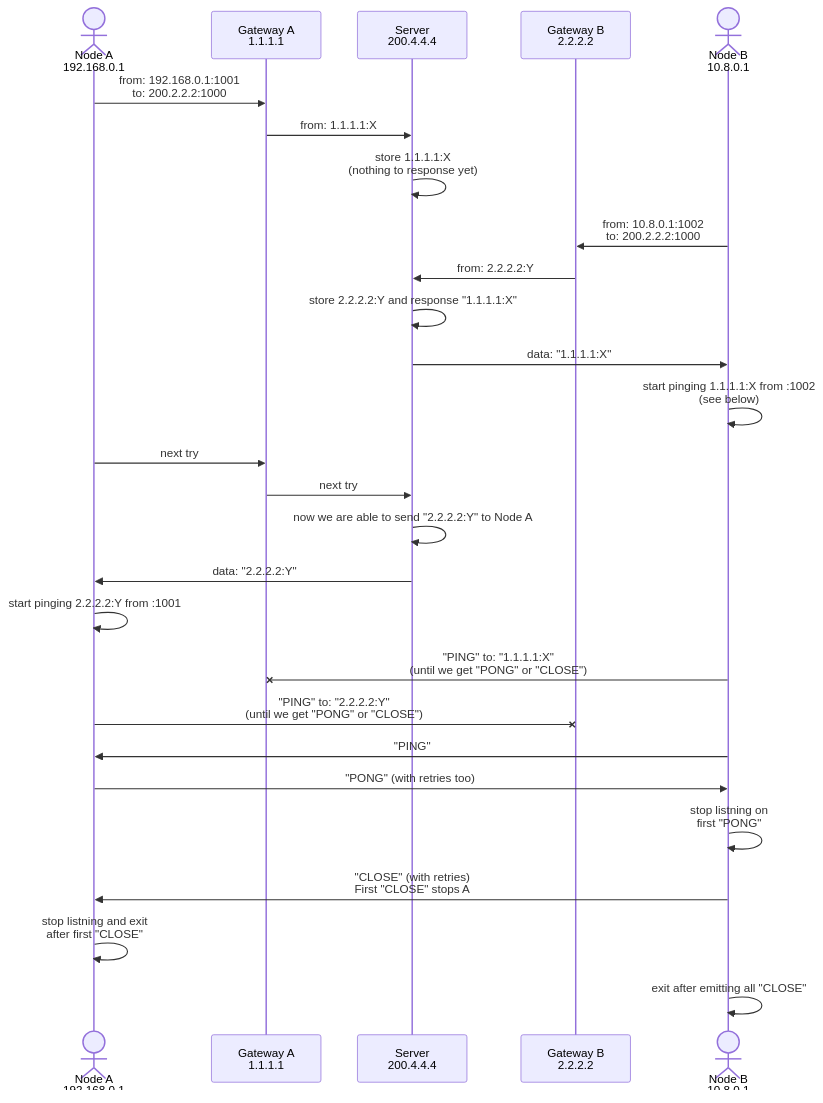
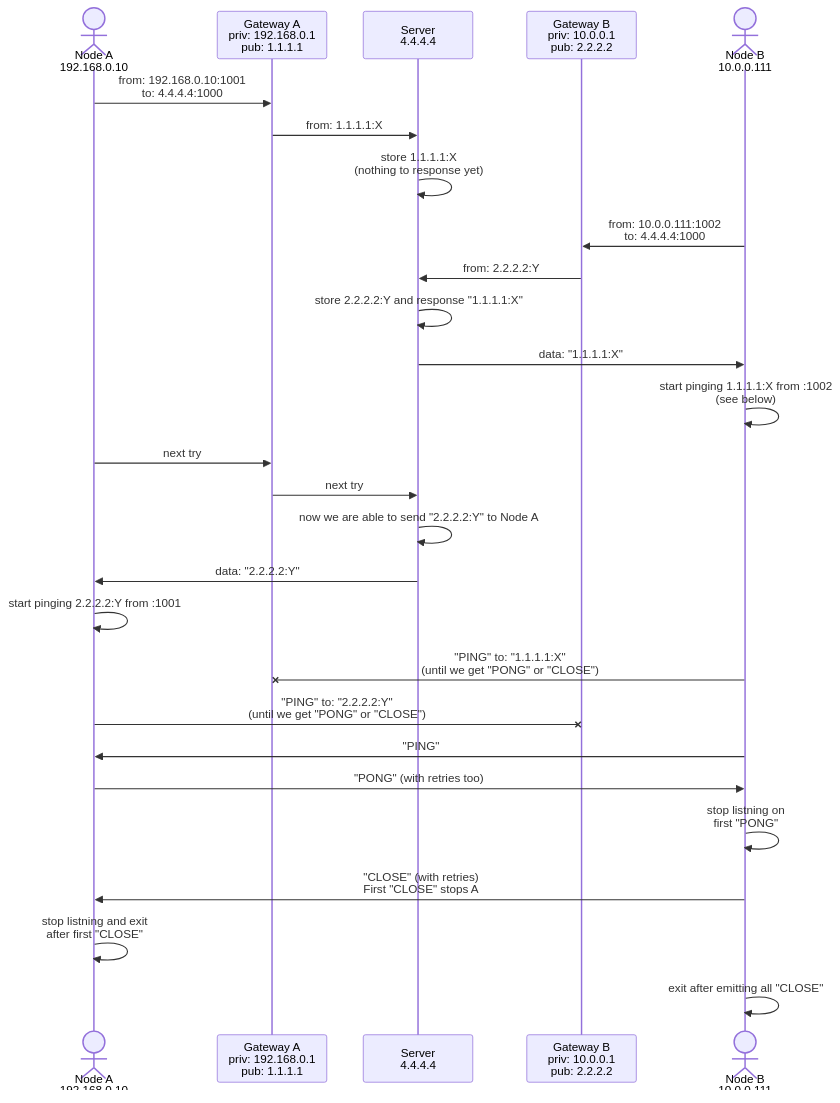
One commit to michurin/netpunch changed the second of 2 diagrams in README.md. Above: the diagram before and after it, drawn with Mermaid.

Commit message:
Readme: mermaid: making sequence diagram more comprehensible

````diff
--- a/README.md
+++ b/README.md
@@ -234,33 +234,33 @@
 ```mermaid
 sequenceDiagram
-    actor A as Node A<br/>192.168.0.1
-    participant GA as Gateway A<br/>1.1.1.1
-    participant S as Server<br/>200.4.4.4
-    participant GB as Gateway B<br/>2.2.2.2
-    actor B as Node B<br/>10.8.0.1
+    actor A as Node A<br/>192.168.0.10
+    participant GA as Gateway A<br/>priv: 192.168.0.1<br/>pub: 1.1.1.1
+    participant S as Server<br/>4.4.4.4
+    participant GB as Gateway B<br/>priv: 10.0.0.1<br/>pub: 2.2.2.2
+    actor B as Node B<br/>10.0.0.111
 
-    A ->> GA: from: 192.168.0.1:1001<br/>to: 200.2.2.2:1000
+    A ->> GA: from: 192.168.0.10:1001<br/>to: 4.4.4.4:1000
     GA ->> S: from: 1.1.1.1:X
     S ->> S: store 1.1.1.1:X<br/>(nothing to response yet)
 
-    B ->> GB: from: 10.8.0.1:1002<br/>to: 200.2.2.2:1000
+    B ->> GB: from: 10.0.0.111:1002<br/>to: 4.4.4.4:1000
     GB ->> S: from: 2.2.2.2:Y
     S ->> S: store 2.2.2.2:Y and response "1.1.1.1:X"
     S ->> B: data: "1.1.1.1:X"
     B ->> B: start pinging 1.1.1.1:X from :1002<br/>(see below)
 
     A ->> GA: next try
     GA ->> S: next try
     S ->> S: now we are able to send "2.2.2.2:Y" to Node A
     S ->> A: data: "2.2.2.2:Y"
     A ->> A: start pinging 2.2.2.2:Y from :1001
 
     B -X GA: "PING" to: "1.1.1.1:X"<br/>(until we get "PONG" or "CLOSE")
     A -X GB: "PING" to: "2.2.2.2:Y"<br/>(until we get "PONG" or "CLOSE")
     B ->> A: "PING"
     A ->> B: "PONG" (with retries too)
     B ->> B: stop listning on<br/>first "PONG"
     B ->> A: "CLOSE" (with retries)<br/>First "CLOSE" stops A
     A ->> A: stop listning and exit<br/>after first "CLOSE"
     B ->> B: exit after emitting all "CLOSE"
 ```
````
